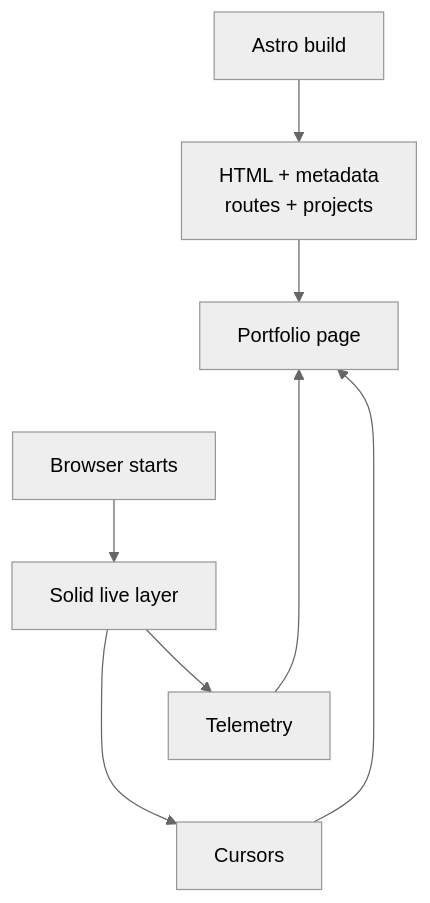
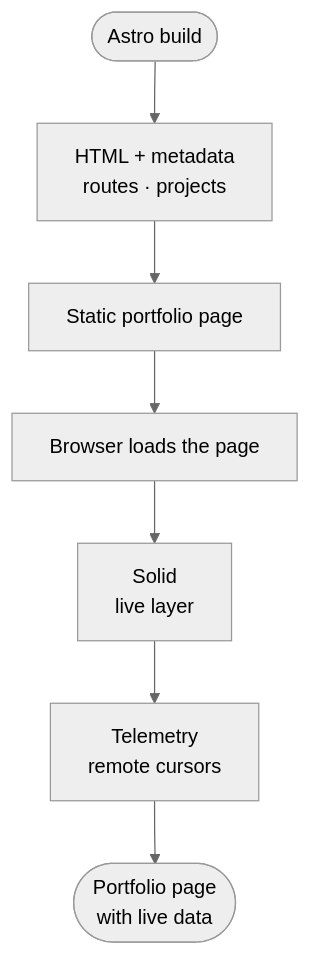
The diagram in web/content/blog/astro-static-shell-solid-live-layer.mdx (ErickCReis/ErickCReis), drawn with Mermaid (neutral theme) before and after one commit. The commit also changed 23 other files, not shown here.

Commit message:
Polish Mermaid diagrams across blog posts

````diff
--- a/web/content/blog/astro-static-shell-solid-live-layer.mdx
+++ b/web/content/blog/astro-static-shell-solid-live-layer.mdx
@@ -34,13 +34,9 @@
 ```mermaid center
 flowchart TB
-  Build["Astro build"] --> Document["HTML + metadata<br/>routes + projects"]
-  Document --> Page["Portfolio page"]
-
-  Browser["Browser starts"] --> Island["Solid live layer"]
-  Page ~~~ Browser
-  Island --> Telemetry["Telemetry"]
-  Island --> Cursors["Cursors"]
-  Telemetry ~~~ Cursors
-  Telemetry --> Page
-  Cursors --> Page
+  Build(["Astro build"]) --> Document["HTML + metadata<br/>routes · projects"]
+  Document --> Page["Static portfolio page"]
+  Page --> Browser["Browser loads the page"]
+  Browser --> Island["Solid<br/>live layer"]
+  Island --> Live["Telemetry<br/>remote cursors"]
+  Live --> Result(["Portfolio page<br/>with live data"])
 ```
````
